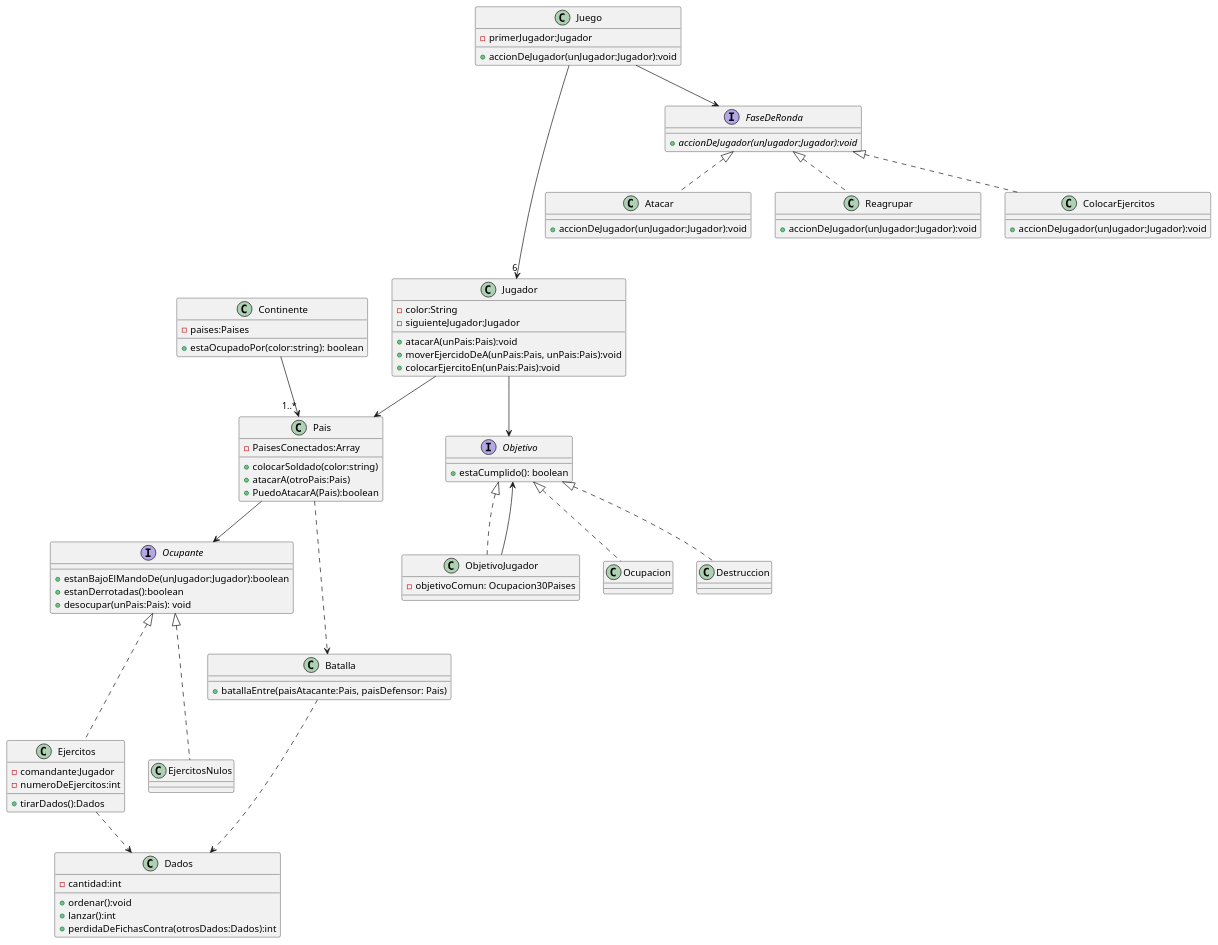
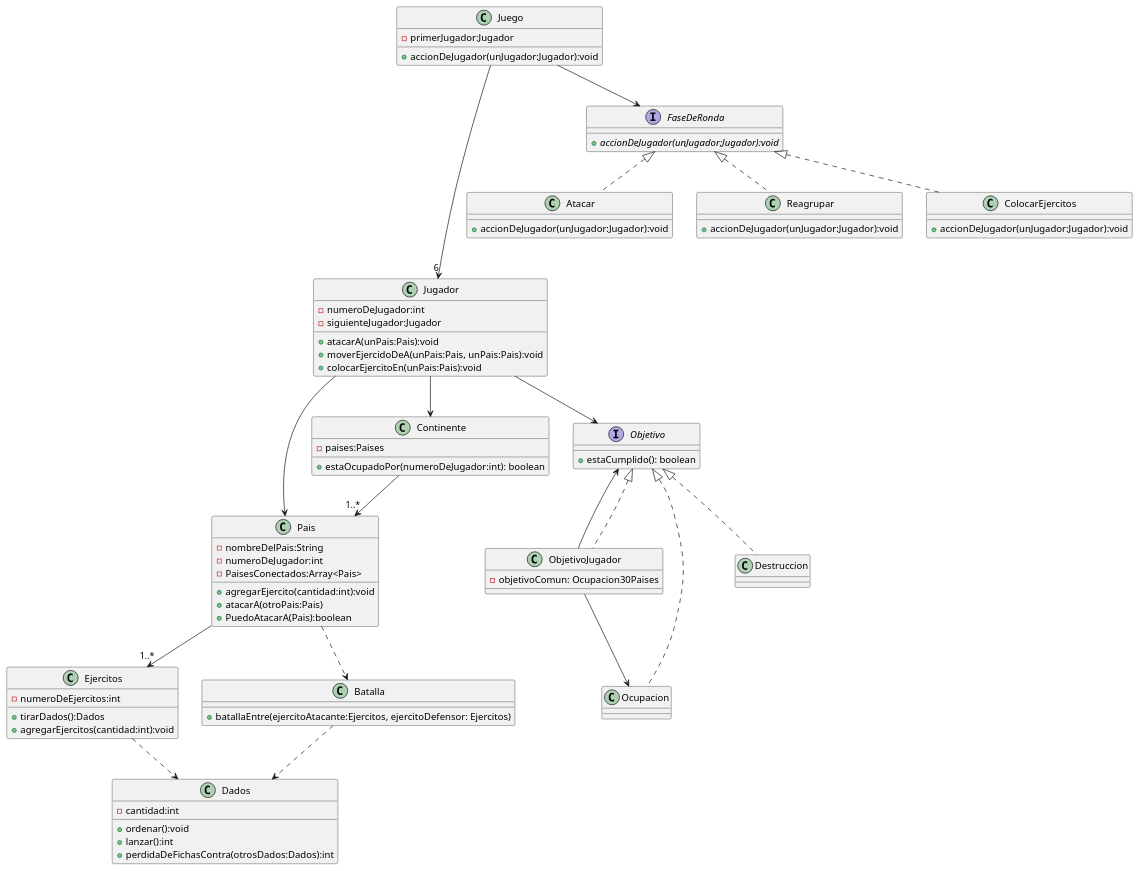
The diagram in Diagramas/Classes.puml (julia-valdo/Algoritmos-3.TP2), drawn with PlantUML before and after one commit. The commit also changed 14 other files, not shown here.

First line of the commit message:
Ejercito-Pais

```diff
--- a/Diagramas/Classes.puml
+++ b/Diagramas/Classes.puml
@@ -1,111 +1,102 @@
 @startuml
 'https://plantuml.com/class-diagram
 
 class Juego{
 -primerJugador:Jugador
 +accionDeJugador(unJugador:Jugador):void
 }
 
 class Jugador{
--color:String
+-numeroDeJugador:int
 -siguienteJugador:Jugador
 +atacarA(unPais:Pais):void
 +moverEjercidoDeA(unPais:Pais, unPais:Pais):void
 +colocarEjercitoEn(unPais:Pais):void
 }
 
 class Ejercitos{
--comandante:Jugador
 -numeroDeEjercitos:int
 +tirarDados():Dados
++agregarEjercitos(cantidad:int):void
 }
 
 
 class Pais{
--PaisesConectados:Array
-+colocarSoldado(color:string)
+-nombreDelPais:String
+-numeroDeJugador:int
+-PaisesConectados:Array<Pais>
++agregarEjercito(cantidad:int):void
 +atacarA(otroPais:Pais)
 +PuedoAtacarA(Pais):boolean
 }
 
 
 class ObjetivoJugador{
 -objetivoComun: Ocupacion30Paises
-
 }
 
 class Dados{
 -cantidad:int
 +ordenar():void
 +lanzar():int
 +perdidaDeFichasContra(otrosDados:Dados):int
 }
 
 class Continente{
 -paises:Paises
-+ estaOcupadoPor(color:string): boolean
++ estaOcupadoPor(numeroDeJugador:int): boolean
 }
 
 interface FaseDeRonda{
 +{abstract} accionDeJugador(unJugador:Jugador):void
 }
 
 interface Objetivo{
 + estaCumplido(): boolean
 }
 
-interface Ocupante{
-    + estanBajoElMandoDe(unJugador:Jugador):boolean
-    + estanDerrotadas():boolean
-    + desocupar(unPais:Pais): void
-}
-
-class EjercitosNulos{
-
-}
 
 class Atacar{
 +accionDeJugador(unJugador:Jugador):void
 }
 
 class Reagrupar{
 +accionDeJugador(unJugador:Jugador):void
 }
 
 class ColocarEjercitos{
 +accionDeJugador(unJugador:Jugador):void
 }
 
 class Batalla{
-+batallaEntre(paisAtacante:Pais, paisDefensor: Pais)
++batallaEntre(ejercitoAtacante:Ejercitos, ejercitoDefensor: Ejercitos)
 }
 
 Juego ---->"6" Jugador
 Juego --> FaseDeRonda
 
 FaseDeRonda <|.. Atacar
 FaseDeRonda <|.. Reagrupar
 FaseDeRonda <|.. ColocarEjercitos
 
 
 Jugador --> Pais
 Jugador --> Objetivo
+Jugador --> Continente
 
+Pais --> "1..*"Ejercitos
 
-Pais --> Ocupante
-
-Ocupante <|... Ejercitos
-Ocupante <|... EjercitosNulos
-
-Objetivo <|.. ObjetivoJugador
 Objetivo <|.. Ocupacion
 Objetivo <|.. Destruccion
-ObjetivoJugador --> Objetivo
+Objetivo <-- ObjetivoJugador
+Objetivo <|.. ObjetivoJugador
+
+ObjetivoJugador --> Ocupacion
 
 Pais ..> Batalla
 Ejercitos ..> Dados
 Batalla ..> Dados
 
 Continente --> "1..*" Pais
 
 @enduml
```
